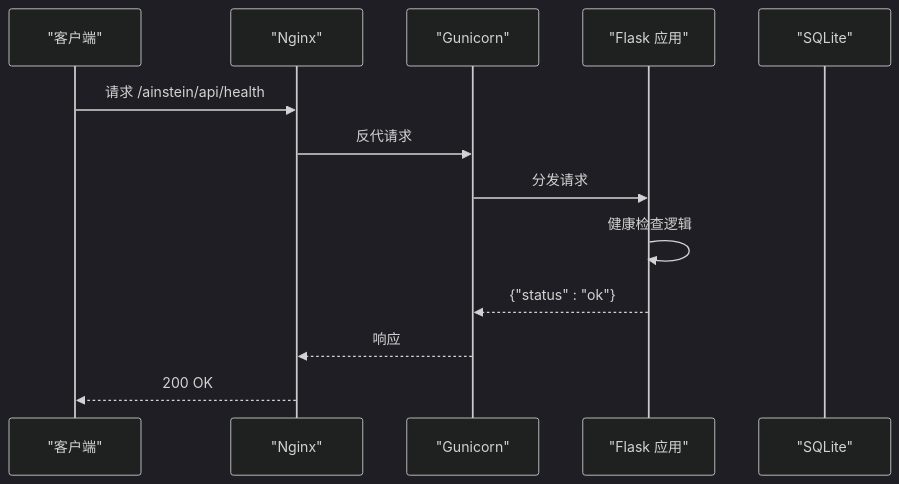
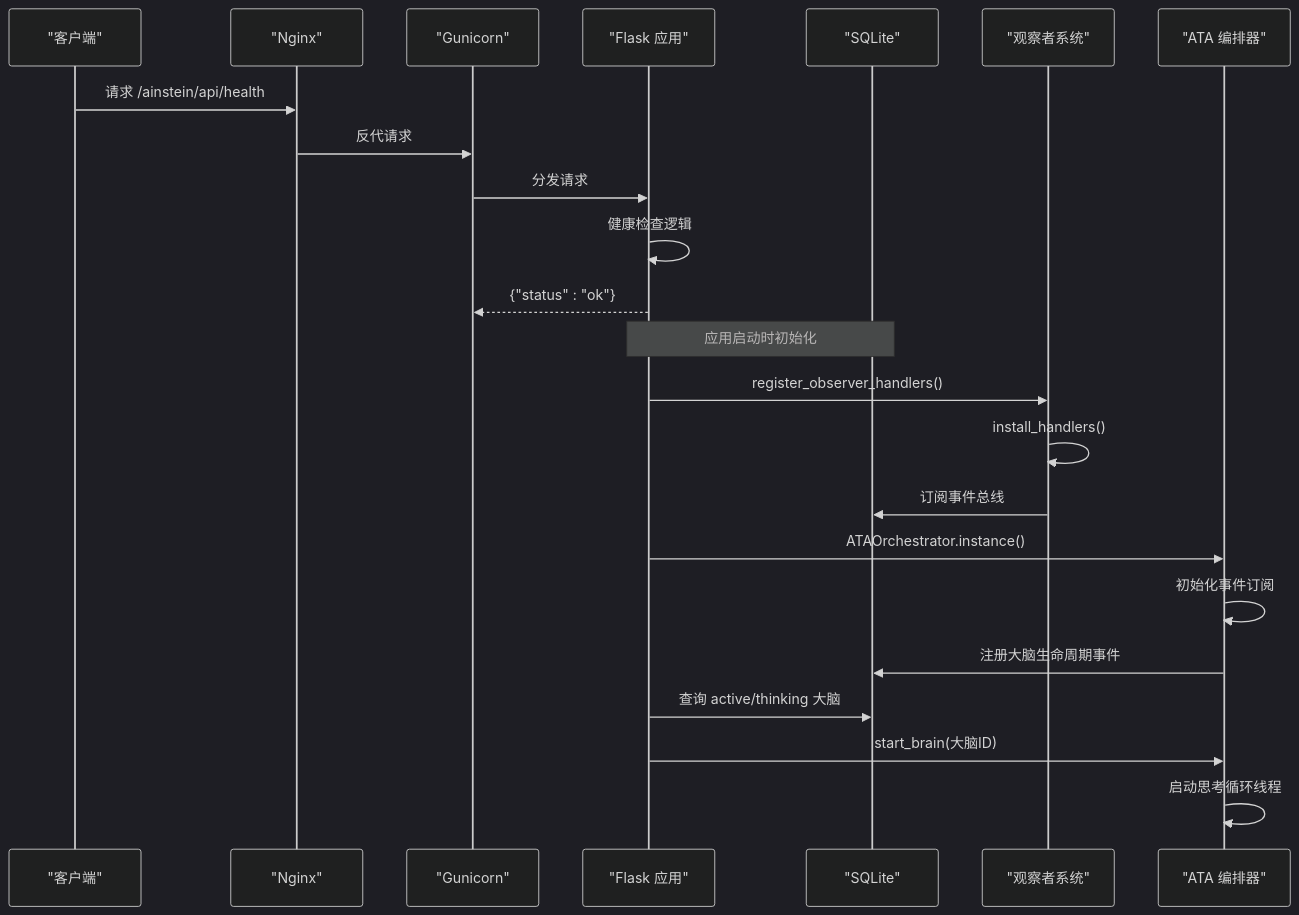
One commit to GDY-ai/ainstein changed the third of 8 diagrams in .qoder/repowiki/zh/content/系统架构/部署架构.md. Above: the diagram before and after it, drawn with Mermaid (dark theme). The commit also changed other lines of this file and 47 other files, not shown here.

````diff
--- a/.qoder/repowiki/zh/content/系统架构/部署架构.md
+++ b/.qoder/repowiki/zh/content/系统架构/部署架构.md
@@ -114,15 +146,25 @@
 ```mermaid
 sequenceDiagram
 participant Client as "客户端"
 participant Nginx as "Nginx"
 participant Gunicorn as "Gunicorn"
 participant App as "Flask 应用"
 participant DB as "SQLite"
+participant Observer as "观察者系统"
+participant ATA as "ATA 编排器"
 Client->>Nginx : 请求 /ainstein/api/health
 Nginx->>Gunicorn : 反代请求
 Gunicorn->>App : 分发请求
 App->>App : 健康检查逻辑
 App-->>Gunicorn : {"status" : "ok"}
-Gunicorn-->>Nginx : 响应
-Nginx-->>Client : 200 OK
+Note over App,DB : 应用启动时初始化
+App->>Observer : register_observer_handlers()
+Observer->>Observer : install_handlers()
+Observer->>DB : 订阅事件总线
+App->>ATA : ATAOrchestrator.instance()
+ATA->>ATA : 初始化事件订阅
+ATA->>DB : 注册大脑生命周期事件
+App->>DB : 查询 active/thinking 大脑
+App->>ATA : start_brain(大脑ID)
+ATA->>ATA : 启动思考循环线程
 ```
````
